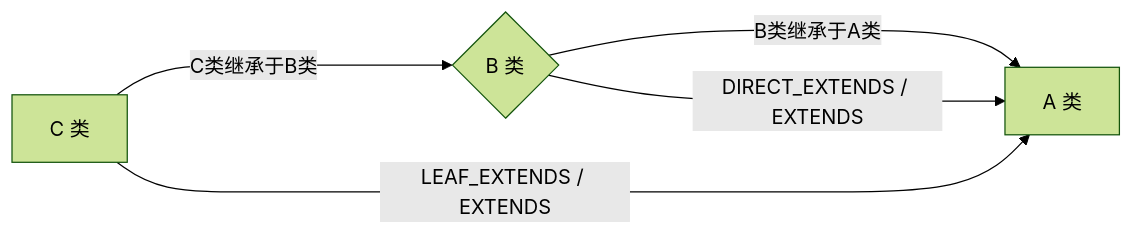
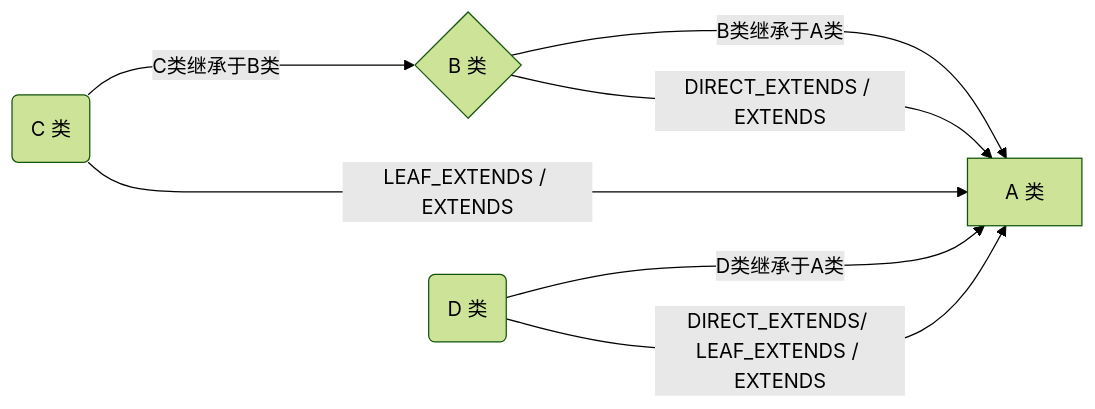
Before and after one commit to FlyJingFish/AndroidAOP: the diagram in docs/zh/AndroidAopCollectMethod.md, drawn with Mermaid (forest theme). The commit also changed 7 other files, not shown here.

````diff
--- a/docs/zh/AndroidAopCollectMethod.md
+++ b/docs/zh/AndroidAopCollectMethod.md
@@ -48,7 +48,9 @@
 ``` mermaid
 graph LR
-C[C 类] ---> |C类继承于B类| B{ B 类 };
-B --->|B类继承于A类| A[ A 类];
-B --->|DIRECT_EXTENDS / EXTENDS| A[ A 类];
-C ---->|LEAF_EXTENDS / EXTENDS| A[ A 类];
+C(C 类) ---> |C类继承于B类| B{ B 类 };
+B --->|B类继承于A类| A[A 类];
+B --->|DIRECT_EXTENDS / EXTENDS| A;
+C ---->|LEAF_EXTENDS / EXTENDS| A;
+D(D 类) --->|D类继承于A类| A;
+D --->|DIRECT_EXTENDS/ LEAF_EXTENDS / EXTENDS| A;
 ```
````
